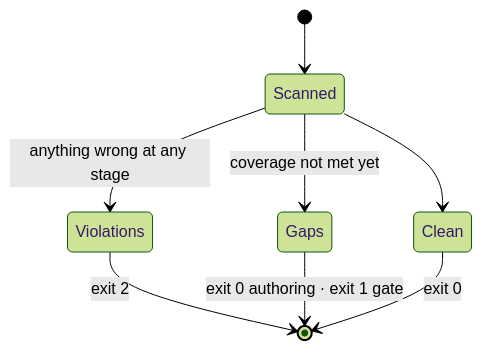
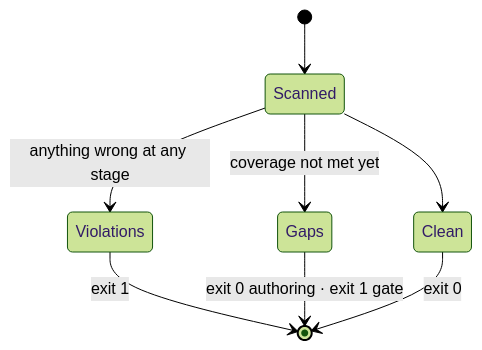
One commit to Lightbridge-KS/qmstrace changed the fourth of 4 diagrams in docs/design/surface-architecture.md. Above: the diagram before and after it, drawn with Mermaid (forest theme). The commit also changed other lines of this file and 5 other files, not shown here.

````diff
--- a/docs/design/surface-architecture.md
+++ b/docs/design/surface-architecture.md
@@ -188,10 +188,10 @@
 ```mermaid
 stateDiagram-v2
     [*] --> Scanned
     Scanned --> Violations: anything wrong at any stage
     Scanned --> Gaps: coverage not met yet
     Scanned --> Clean
-    Violations --> [*]: exit 2
+    Violations --> [*]: exit 1
     Gaps --> [*]: exit 0 authoring · exit 1 gate
     Clean --> [*]: exit 0
 ```
````
